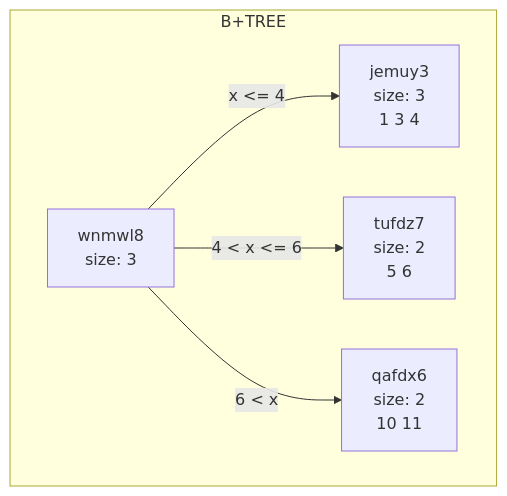
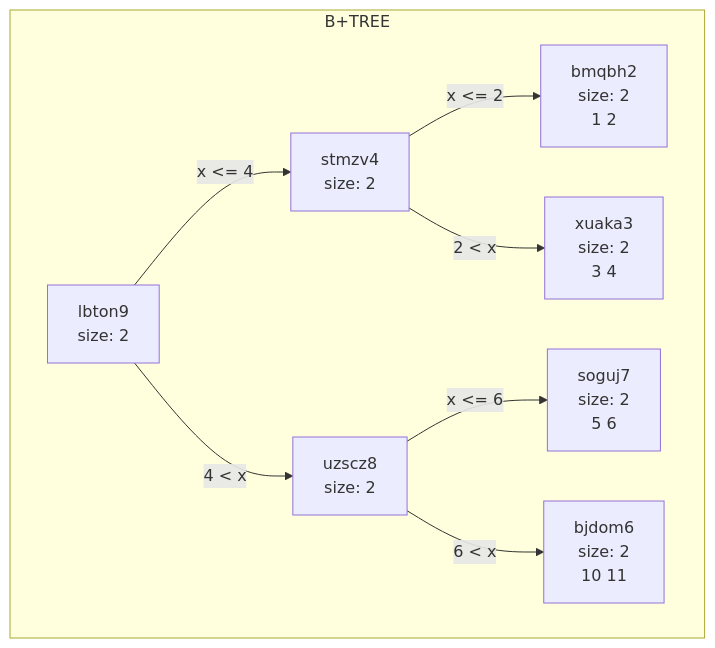
One commit to princevarshney05/BPTree changed the first of 2 diagrams in data/chart.md. Above: the diagram before and after it, drawn with Mermaid. The commit also changed other lines of this file and 1 other file, not shown here.

Commit message:
delete internal merging done hence complete

````diff
--- a/data/chart.md
+++ b/data/chart.md
@@ -1,12 +1,18 @@
 ```mermaid
 graph TD
 subgraph B+TREE
-wnmwl8[wnmwl8<br/>size: 3<br/>]
-jemuy3[jemuy3<br/>size: 3<br/>1 3 4 ]
-wnmwl8-->|x <= 4|jemuy3
-tufdz7[tufdz7<br/>size: 2<br/>5 6 ]
-wnmwl8-->|4 < x <= 6|tufdz7
-qafdx6[qafdx6<br/>size: 2<br/>10 11 ]
-wnmwl8-->|6 < x|qafdx6
+lbton9[lbton9<br/>size: 2<br/>]
+stmzv4[stmzv4<br/>size: 2<br/>]
+bmqbh2[bmqbh2<br/>size: 2<br/>1 2 ]
+stmzv4-->|x <= 2|bmqbh2
+xuaka3[xuaka3<br/>size: 2<br/>3 4 ]
+stmzv4-->|2 < x|xuaka3
+lbton9-->|x <= 4|stmzv4
+uzscz8[uzscz8<br/>size: 2<br/>]
+soguj7[soguj7<br/>size: 2<br/>5 6 ]
+uzscz8-->|x <= 6|soguj7
+bjdom6[bjdom6<br/>size: 2<br/>10 11 ]
+uzscz8-->|6 < x|bjdom6
+lbton9-->|4 < x|uzscz8
 end
 ```
````
